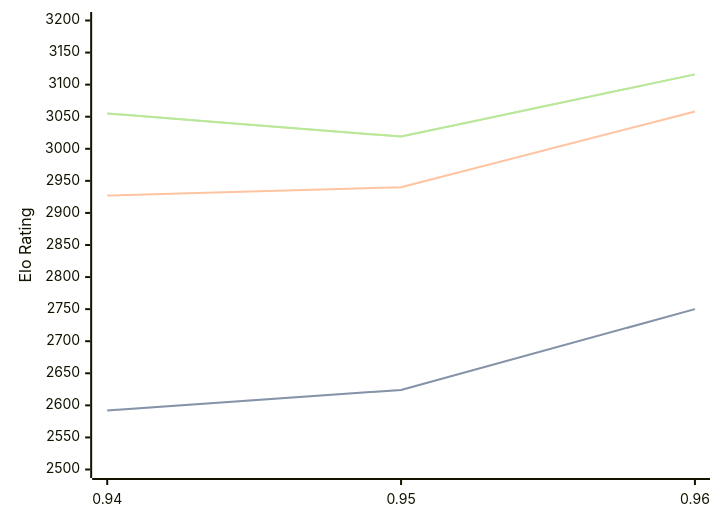
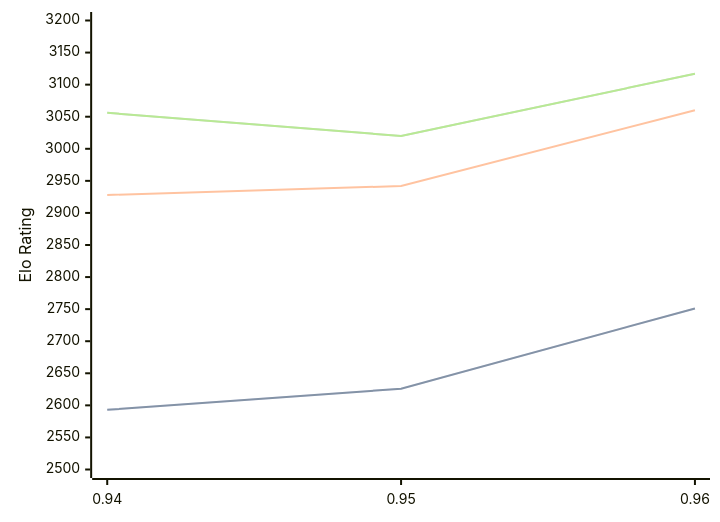
One commit to computer-chess-index/cci changed the diagram in engines/Myrddin.md. Above: the diagram before and after it, drawn with Mermaid. The commit also changed other lines of this file, not shown here.

Commit message:
Update CCI Ratings (ELO VLTC) - 2026-08-26

````diff
--- a/engines/Myrddin.md
+++ b/engines/Myrddin.md
@@ -33,11 +33,11 @@
 ```mermaid
 %%{init: {"theme":"base","themeVariables":{"seriesColors:['#a3a3a3','#222221','#faa371']}}}%%
 xychart-beta
   x-axis ["0.94", "0.95", "0.96"]
   y-axis "Elo Rating" 2500 --> 3200
-  line "STC (8.0+0.08s)" [2592, 2624, 2750]
-  line "STC (8.0+0.08s)" [2592, 2624, 2750]
-  line "LTC (60.0+0.60s)" [2927, 2940, 3058]
-  line "VLTC (2m24s+1.12s)" [3055, 3019, 3116]
-  line "VLTC (2m24s+1.12s)" [3055, 3019, 3116]
+  line "STC (8.0+0.08s)" [2593, 2626, 2751]
+  line "STC (8.0+0.08s)" [2593, 2626, 2751]
+  line "LTC (60.0+0.60s)" [2928, 2942, 3060]
+  line "VLTC (2m24s+1.12s)" [3056, 3020, 3117]
+  line "VLTC (2m24s+1.12s)" [3056, 3020, 3117]
 ```
````
